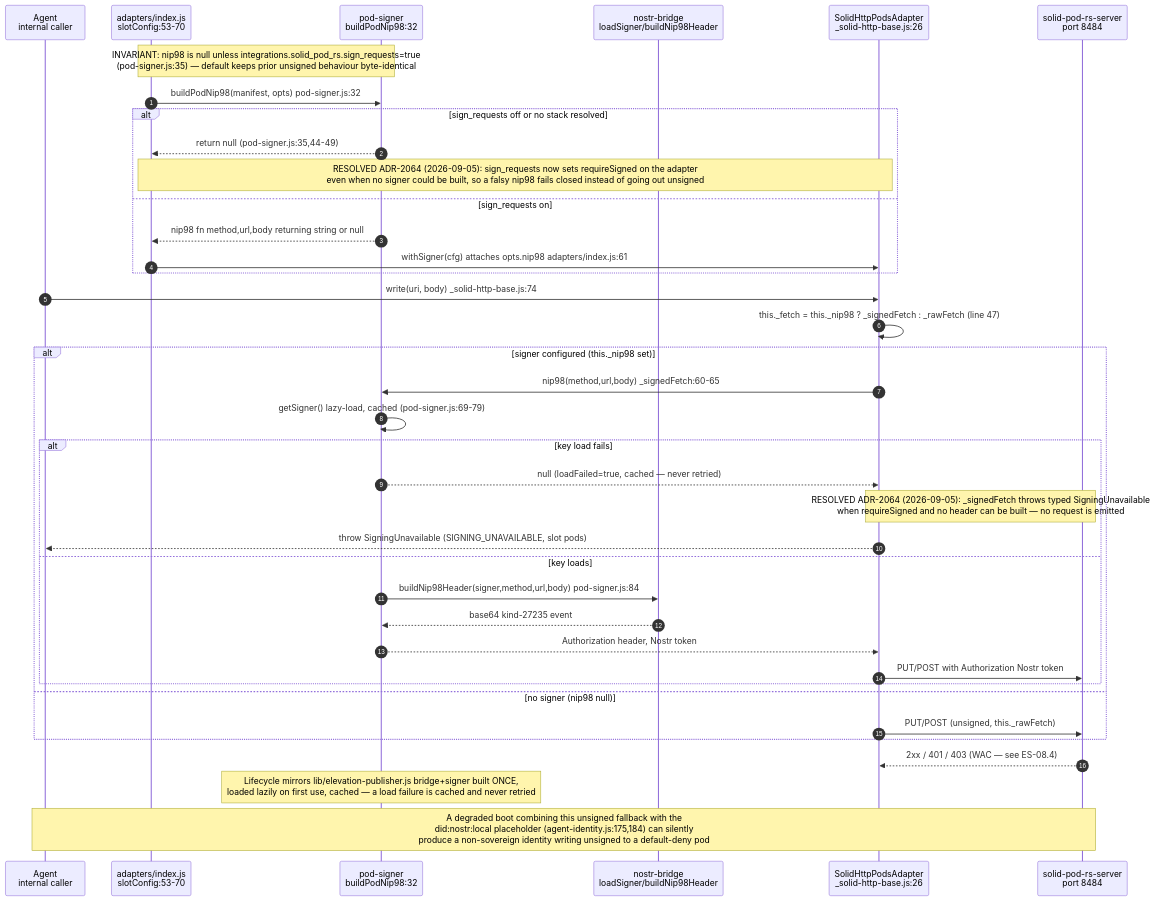
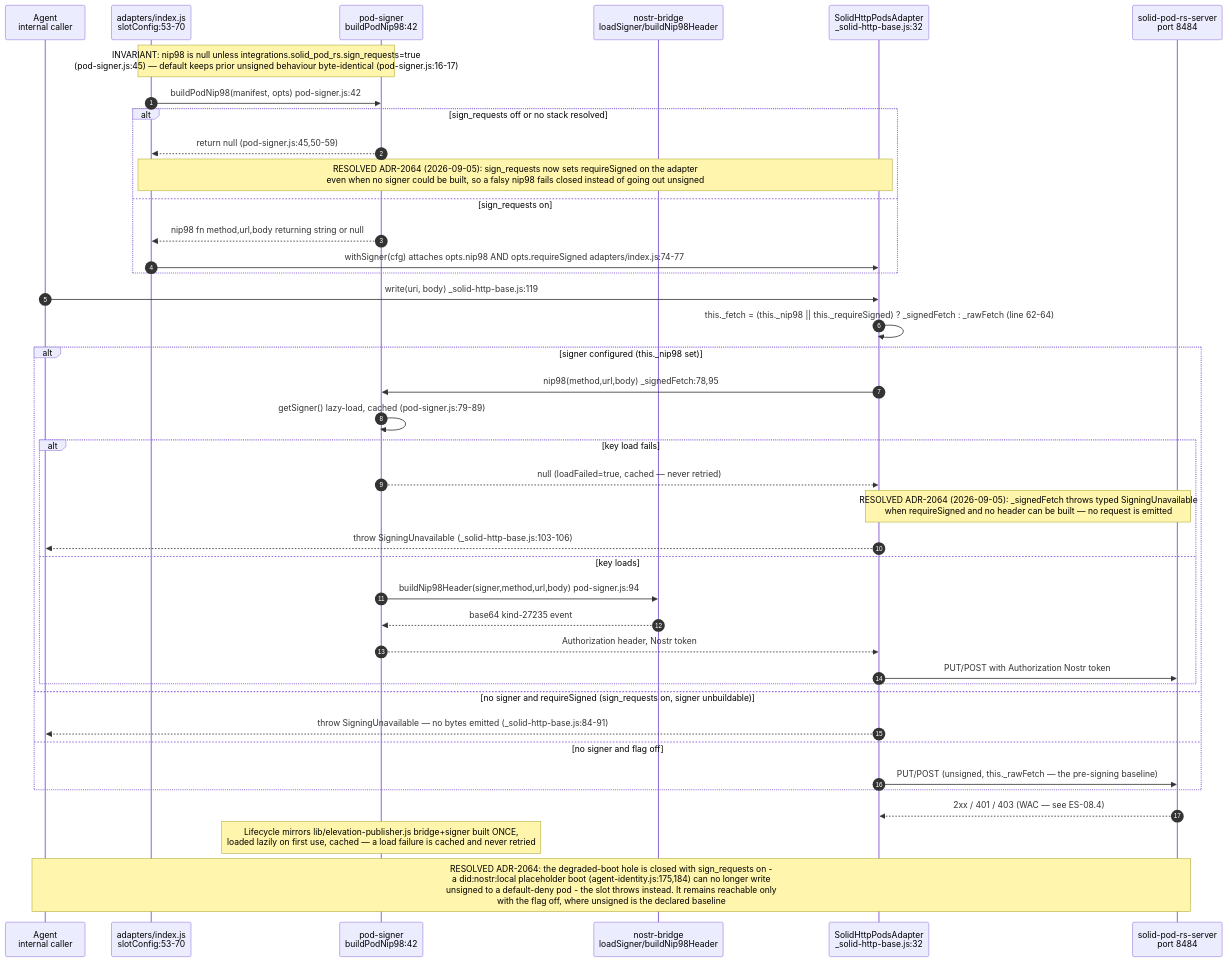
Before and after one commit to DreamLab-AI/AR-AI-Knowledge-Graph: the second of 10 diagrams in docs/diagrams/estate/08-solid-pod-estate.md, drawn with Mermaid. The commit also changed other lines of this file and 73 other files, not shown here.

First line of the commit message:
docs(diagrams): re-verify all 71 topic files against HEAD; add --cite-check

````diff
--- a/docs/diagrams/estate/08-solid-pod-estate.md
+++ b/docs/diagrams/estate/08-solid-pod-estate.md
@@ -75,44 +75,46 @@
 ```mermaid
 sequenceDiagram
     autonumber
     participant AG as Agent<br/>internal caller
     participant ADP as adapters/index.js<br/>slotConfig:53-70
-    participant PS as pod-signer<br/>buildPodNip98:32
+    participant PS as pod-signer<br/>buildPodNip98:42
     participant BR as nostr-bridge<br/>loadSigner/buildNip98Header
-    participant BASE as SolidHttpPodsAdapter<br/>_solid-http-base.js:26
+    participant BASE as SolidHttpPodsAdapter<br/>_solid-http-base.js:32
     participant SRV as solid-pod-rs-server<br/>port 8484
 
-    Note over ADP,PS: INVARIANT: nip98 is null unless integrations.solid_pod_rs.sign_requests=true<br/>(pod-signer.js:35) — default keeps prior unsigned behaviour byte-identical
+    Note over ADP,PS: INVARIANT: nip98 is null unless integrations.solid_pod_rs.sign_requests=true<br/>(pod-signer.js:45) — default keeps prior unsigned behaviour byte-identical (pod-signer.js:16-17)
 
-    ADP->>PS: buildPodNip98(manifest, opts) pod-signer.js:32
+    ADP->>PS: buildPodNip98(manifest, opts) pod-signer.js:42
     alt sign_requests off or no stack resolved
-        PS-->>ADP: return null (pod-signer.js:35,44-49)
+        PS-->>ADP: return null (pod-signer.js:45,50-59)
         Note over ADP,BASE: RESOLVED ADR-2064 (2026-09-05): sign_requests now sets requireSigned on the adapter<br/>even when no signer could be built, so a falsy nip98 fails closed instead of going out unsigned
     else sign_requests on
         PS-->>ADP: nip98 fn method,url,body returning string or null
-        ADP->>BASE: withSigner(cfg) attaches opts.nip98 adapters/index.js:61
+        ADP->>BASE: withSigner(cfg) attaches opts.nip98 AND opts.requireSigned adapters/index.js:74-77
     end
 
-    AG->>BASE: write(uri, body) _solid-http-base.js:74
-    BASE->>BASE: this._fetch = this._nip98 ? _signedFetch : _rawFetch (line 47)
+    AG->>BASE: write(uri, body) _solid-http-base.js:119
+    BASE->>BASE: this._fetch = (this._nip98 || this._requireSigned) ? _signedFetch : _rawFetch (line 62-64)
     alt signer configured (this._nip98 set)
-        BASE->>PS: nip98(method,url,body) _signedFetch:60-65
-        PS->>PS: getSigner() lazy-load, cached (pod-signer.js:69-79)
+        BASE->>PS: nip98(method,url,body) _signedFetch:78,95
+        PS->>PS: getSigner() lazy-load, cached (pod-signer.js:79-89)
         alt key load fails
             PS-->>BASE: null (loadFailed=true, cached — never retried)
             Note over BASE,SRV: RESOLVED ADR-2064 (2026-09-05): _signedFetch throws typed SigningUnavailable<br/>when requireSigned and no header can be built — no request is emitted
-            BASE-->>AG: throw SigningUnavailable (SIGNING_UNAVAILABLE, slot pods)
+            BASE-->>AG: throw SigningUnavailable (_solid-http-base.js:103-106)
         else key loads
-            PS->>BR: buildNip98Header(signer,method,url,body) pod-signer.js:84
+            PS->>BR: buildNip98Header(signer,method,url,body) pod-signer.js:94
             BR-->>PS: base64 kind-27235 event
             PS-->>BASE: Authorization header, Nostr token
             BASE->>SRV: PUT/POST with Authorization Nostr token
         end
-    else no signer (nip98 null)
-        BASE->>SRV: PUT/POST (unsigned, this._rawFetch)
+    else no signer and requireSigned (sign_requests on, signer unbuildable)
+        BASE-->>AG: throw SigningUnavailable — no bytes emitted (_solid-http-base.js:84-91)
+    else no signer and flag off
+        BASE->>SRV: PUT/POST (unsigned, this._rawFetch — the pre-signing baseline)
     end
     SRV-->>BASE: 2xx / 401 / 403 (WAC — see ES-08.4)
 
     Note over PS: Lifecycle mirrors lib/elevation-publisher.js bridge+signer built ONCE,<br/>loaded lazily on first use, cached — a load failure is cached and never retried
-    Note over AG,SRV: A degraded boot combining this unsigned fallback with the<br/>did:nostr:local placeholder (agent-identity.js:175,184) can silently<br/>produce a non-sovereign identity writing unsigned to a default-deny pod
+    Note over AG,SRV: RESOLVED ADR-2064: the degraded-boot hole is closed with sign_requests on -<br/>a did:nostr:local placeholder boot (agent-identity.js:175,184) can no longer write<br/>unsigned to a default-deny pod - the slot throws instead. It remains reachable only<br/>with the flag off, where unsigned is the declared baseline
 ```
````
